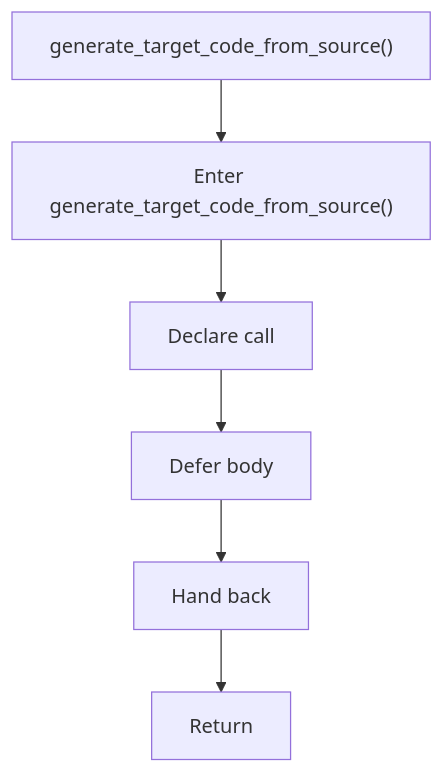
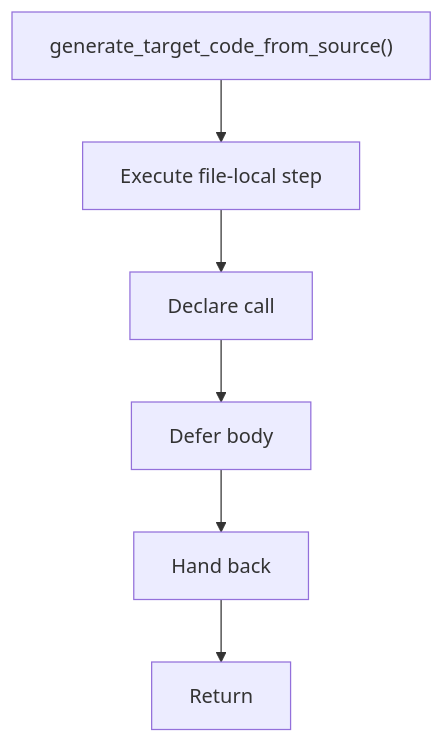
One commit to JohnAndrewBalbarosa/NeoTerritory changed the fifth of 6 diagrams in docs/Codebase/Microservice/Modules/Header/SyntacticBrokenAST/Trees/Shared/code_generator.hpp.md. Above: the diagram before and after it, drawn with Mermaid. The commit also changed other lines of this file and 925 other files, not shown here.

````diff
--- a/docs/Codebase/Microservice/Modules/Header/SyntacticBrokenAST/Trees/Shared/code_generator.hpp.md
+++ b/docs/Codebase/Microservice/Modules/Header/SyntacticBrokenAST/Trees/Shared/code_generator.hpp.md
@@ -157,14 +156,14 @@
 ```mermaid
 flowchart TD
     Start["generate_target_code_from_source()"]
-    N0["Enter generate_target_code_from_source()"]
+    N0["Execute file-local step"]
     N1["Declare call"]
     N2["Defer body"]
     N3["Hand back"]
     End["Return"]
     Start --> N0
     N0 --> N1
     N1 --> N2
     N2 --> N3
     N3 --> End
 ```
````
